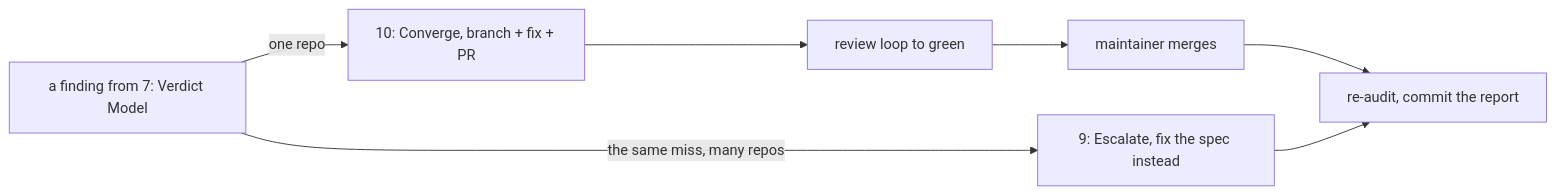
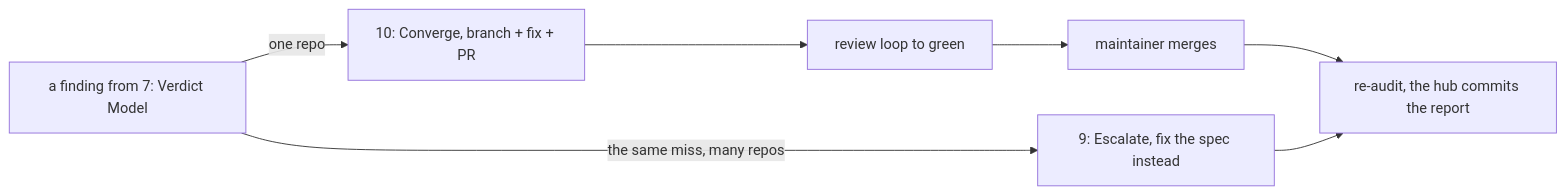
One commit to ptr727/ProjectTemplate changed the second of 2 diagrams in AUDIT.md. Above: the diagram before and after it, drawn with Mermaid. The commit also changed 5 other files, not shown here.

Commit message:
Let a Downstream Session Resync Itself and Leave the Report to the Hub

````diff
--- a/AUDIT.md
+++ b/AUDIT.md
@@ -211,9 +211,9 @@
 ```mermaid
 flowchart LR
   finding["a finding from 7: Verdict Model"] -->|"the same miss, many repos"| s9["9: Escalate, fix the spec instead"]
   finding -->|"one repo"| s10["10: Converge, branch + fix + PR"]
   s10 --> review["review loop to green"]
   review --> merge["maintainer merges"]
-  merge --> reaudit["re-audit, commit the report"]
+  merge --> reaudit["re-audit, the hub commits the report"]
   s9 --> reaudit
 ```
````
